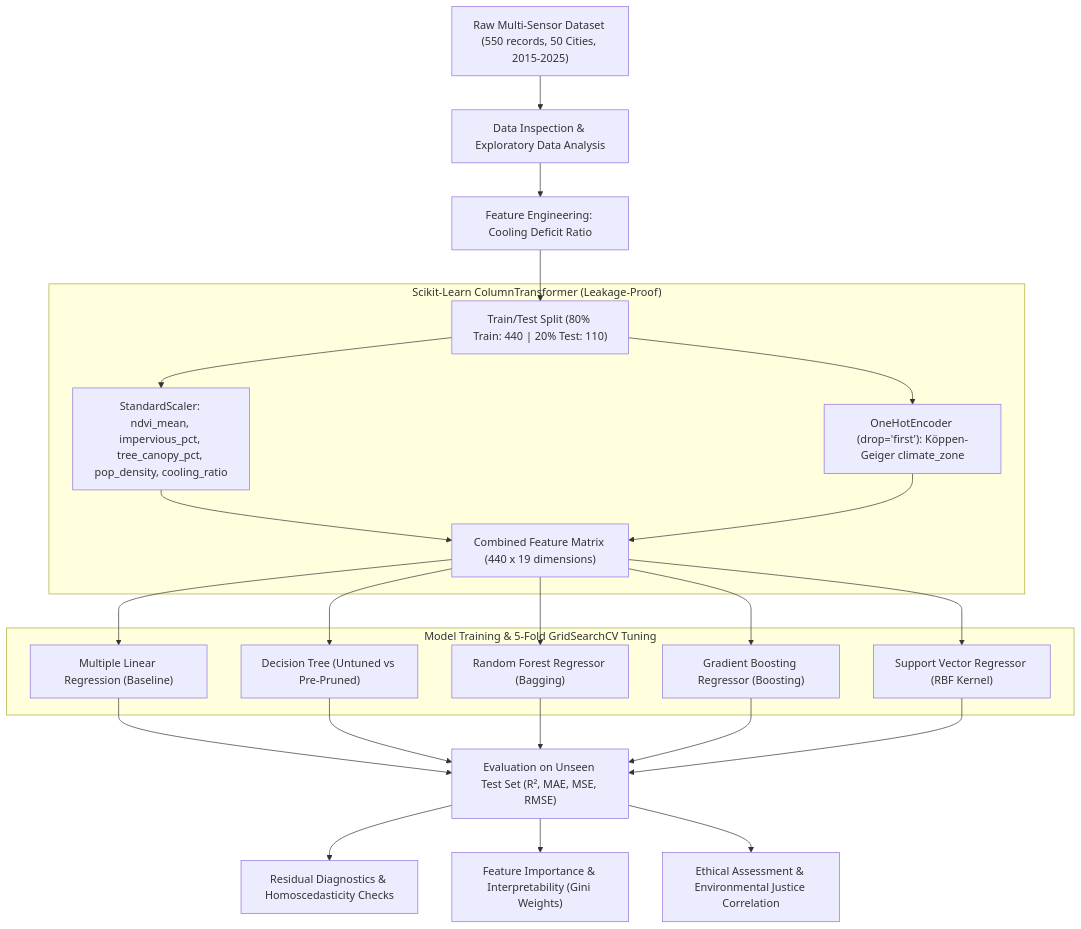
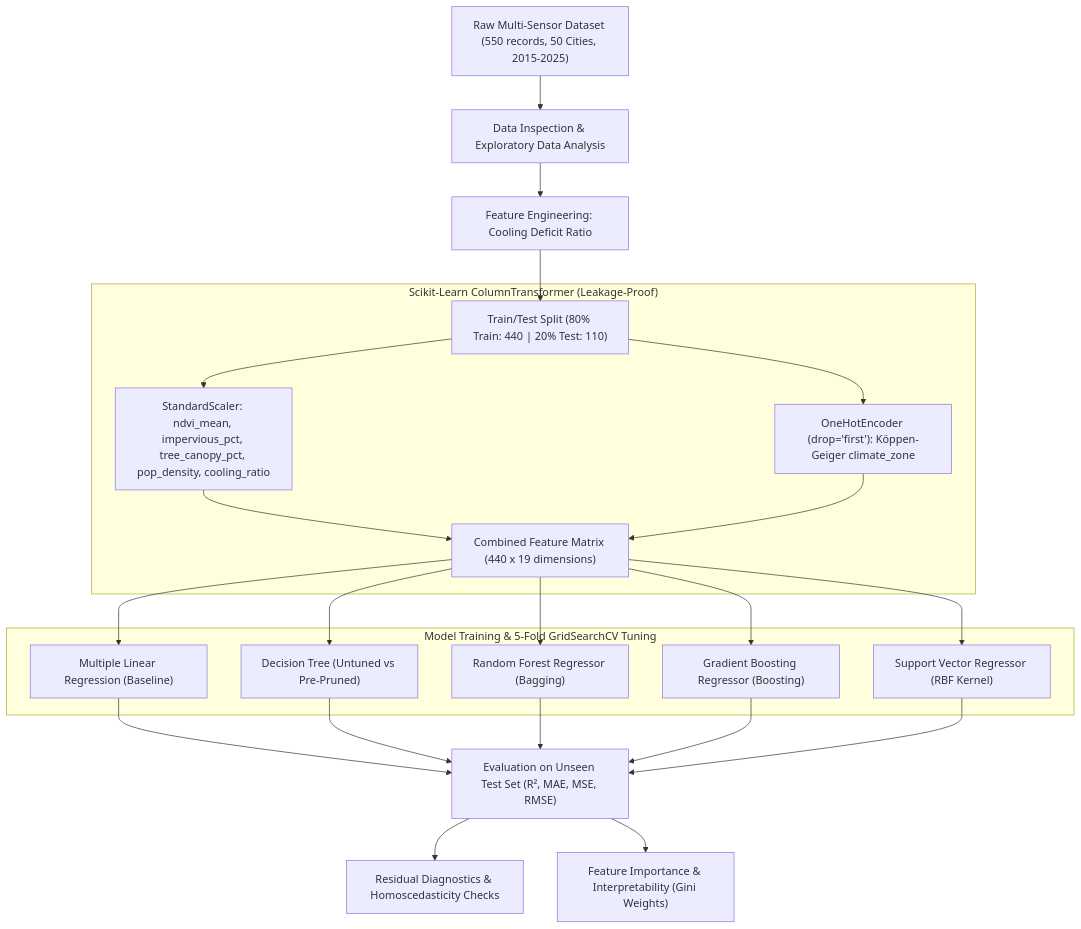
Before and after one commit to rohitranjankumar-01/Urban-Heat-Island-Prediction-and-Environmental-Assessment: the diagram in README.md, drawn with Mermaid. The commit also changed other lines of this file and 7 other files, not shown here.

````diff
--- a/README.md
+++ b/README.md
@@ -81,26 +76,25 @@
 ```mermaid
 flowchart TD
     A["Raw Multi-Sensor Dataset (550 records, 50 Cities, 2015-2025)"] --> B["Data Inspection & Exploratory Data Analysis"]
     B --> C["Feature Engineering: Cooling Deficit Ratio"]
     C --> D["Train/Test Split (80% Train: 440 | 20% Test: 110)"]
     
     subgraph Preprocessing_Pipeline["Scikit-Learn ColumnTransformer (Leakage-Proof)"]
         D --> E["StandardScaler: ndvi_mean, impervious_pct, tree_canopy_pct, pop_density, cooling_ratio"]
         D --> F["OneHotEncoder (drop='first'): Köppen-Geiger climate_zone"]
         E --> G["Combined Feature Matrix (440 x 19 dimensions)"]
         F --> G
     end
 
     subgraph Model_Benchmarking["Model Training & 5-Fold GridSearchCV Tuning"]
         G --> H1["Multiple Linear Regression (Baseline)"]
         G --> H2["Decision Tree (Untuned vs Pre-Pruned)"]
         G --> H3["Random Forest Regressor (Bagging)"]
         G --> H4["Gradient Boosting Regressor (Boosting)"]
         G --> H5["Support Vector Regressor (RBF Kernel)"]
     end
 
     H1 & H2 & H3 & H4 & H5 --> I["Evaluation on Unseen Test Set (R², MAE, MSE, RMSE)"]
     I --> J["Residual Diagnostics & Homoscedasticity Checks"]
     I --> K["Feature Importance & Interpretability (Gini Weights)"]
-    I --> L["Ethical Assessment & Environmental Justice Correlation"]
 ```
````
